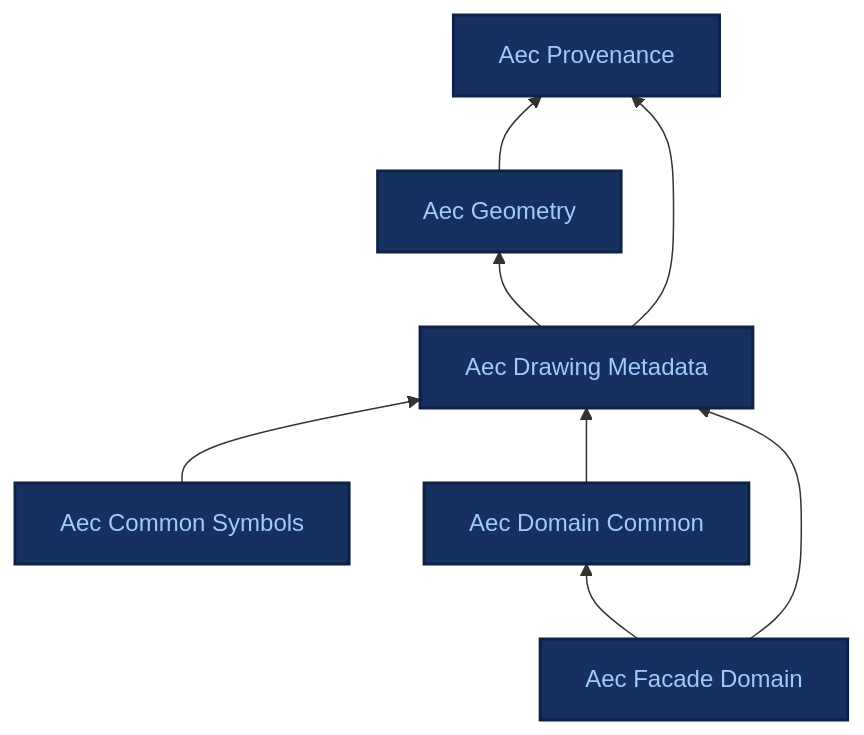
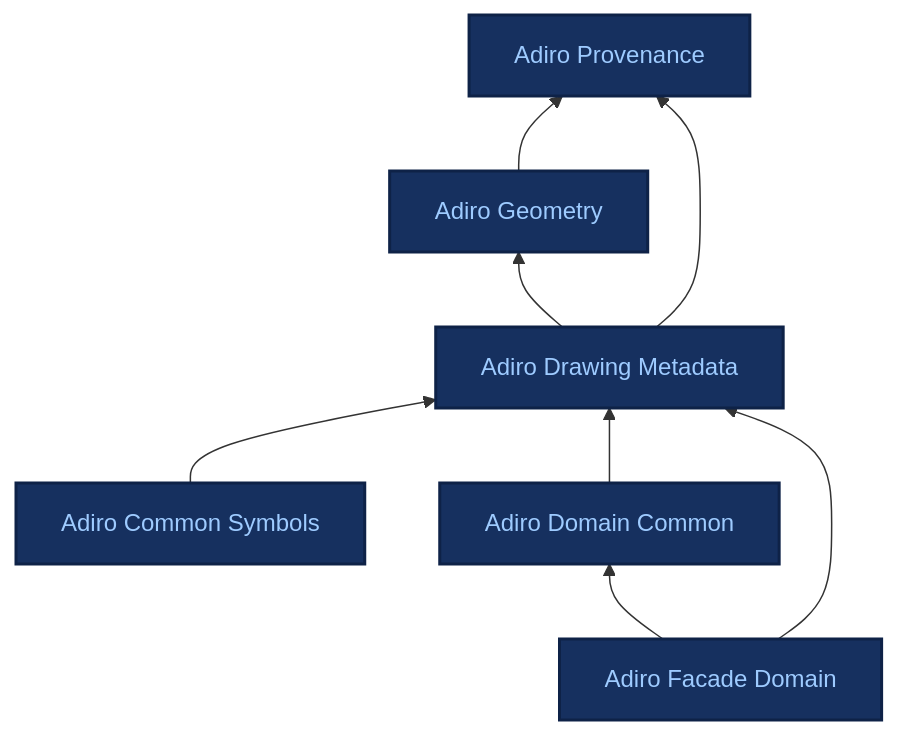
One commit to BuroHappoldMachineLearning/ADIRO changed the diagram in docs/ontologies/index.md. Above: the diagram before and after it, drawn with Mermaid. The commit also changed other lines of this file and 153 other files, not shown here.

First line of the commit message:
feat: rename the modules from aec_* to adiro_* (#171)

````diff
--- a/docs/ontologies/index.md
+++ b/docs/ontologies/index.md
@@ -9,25 +9,25 @@
 ```mermaid
 %%{init: {"themeCSS": ".base .nodeLabel,.base .nodeLabel p,.base text,.base tspan{fill:#9ecbff !important;color:#9ecbff !important}.current .nodeLabel,.current .nodeLabel p,.current text,.current tspan{fill:#16305f !important;color:#16305f !important}"} }%%
 graph BT
-    aec_provenance["Aec Provenance"]
-    aec_geometry["Aec Geometry"]
-    aec_drawing_metadata["Aec Drawing Metadata"]
-    aec_common_symbols["Aec Common Symbols"]
-    aec_domain_common["Aec Domain Common"]
-    aec_facade_domain["Aec Facade Domain"]
-    aec_geometry --> aec_provenance
-    aec_drawing_metadata --> aec_geometry
-    aec_drawing_metadata --> aec_provenance
-    aec_common_symbols --> aec_drawing_metadata
-    aec_domain_common --> aec_drawing_metadata
-    aec_facade_domain --> aec_domain_common
-    aec_facade_domain --> aec_drawing_metadata
-    click aec_provenance "aec_provenance/" "Aec Provenance reference page"
-    click aec_geometry "aec_geometry/" "Aec Geometry reference page"
-    click aec_drawing_metadata "aec_drawing_metadata/" "Aec Drawing Metadata reference page"
-    click aec_common_symbols "aec_common_symbols/" "Aec Common Symbols reference page"
-    click aec_domain_common "aec_domain_common/" "Aec Domain Common reference page"
-    click aec_facade_domain "aec_facade_domain/" "Aec Facade Domain reference page"
+    adiro_provenance["Adiro Provenance"]
+    adiro_geometry["Adiro Geometry"]
+    adiro_drawing_metadata["Adiro Drawing Metadata"]
+    adiro_common_symbols["Adiro Common Symbols"]
+    adiro_domain_common["Adiro Domain Common"]
+    adiro_facade_domain["Adiro Facade Domain"]
+    adiro_geometry --> adiro_provenance
+    adiro_drawing_metadata --> adiro_geometry
+    adiro_drawing_metadata --> adiro_provenance
+    adiro_common_symbols --> adiro_drawing_metadata
+    adiro_domain_common --> adiro_drawing_metadata
+    adiro_facade_domain --> adiro_domain_common
+    adiro_facade_domain --> adiro_drawing_metadata
+    click adiro_provenance "adiro_provenance/" "Adiro Provenance reference page"
+    click adiro_geometry "adiro_geometry/" "Adiro Geometry reference page"
+    click adiro_drawing_metadata "adiro_drawing_metadata/" "Adiro Drawing Metadata reference page"
+    click adiro_common_symbols "adiro_common_symbols/" "Adiro Common Symbols reference page"
+    click adiro_domain_common "adiro_domain_common/" "Adiro Domain Common reference page"
+    click adiro_facade_domain "adiro_facade_domain/" "Adiro Facade Domain reference page"
     classDef base fill:#16305f,stroke:#0e2247,stroke-width:2px,color:#9ecbff;
-    class aec_provenance,aec_geometry,aec_drawing_metadata,aec_common_symbols,aec_domain_common,aec_facade_domain base;
+    class adiro_provenance,adiro_geometry,adiro_drawing_metadata,adiro_common_symbols,adiro_domain_common,adiro_facade_domain base;
 ```
````
